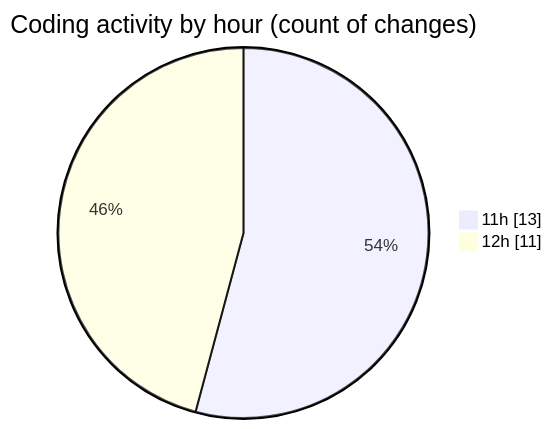
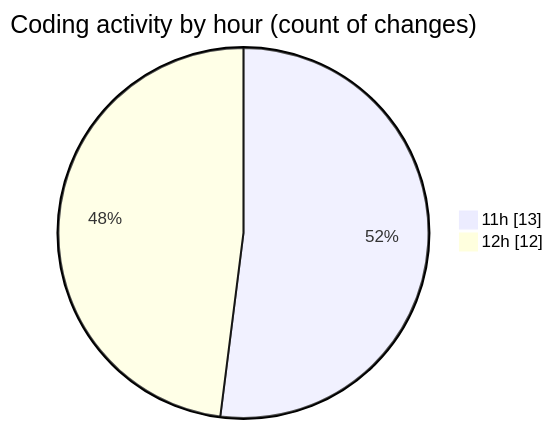
The second of 2 diagrams in 2025-01-25/termonied-web/README.md (robertbonfada/code-tracking), drawn with Mermaid before and after one commit. The commit also changed other lines of this file and 1 other file, not shown here.

````diff
--- a/2025-01-25/termonied-web/README.md
+++ b/2025-01-25/termonied-web/README.md
@@ -37,6 +37,6 @@
 ```mermaid
 pie showData
 title Coding activity by hour (count of changes)
 "11h" : 13
-"12h" : 11
+"12h" : 12
 ```
````
